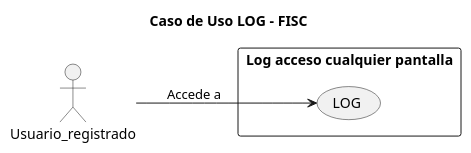
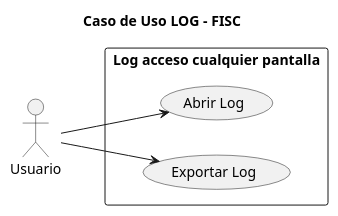
The diagram in casosDeUso/casoUsoLog.puml (mmasias/23-24-IdSw1-SDR), drawn with PlantUML before and after one commit. The commit also changed 22 other files, not shown here.

Commit message:
Nuevos casos de Uso y diagrama de contexto

```diff
--- a/casosDeUso/casoUsoLog.puml
+++ b/casosDeUso/casoUsoLog.puml
@@ -1,15 +1,16 @@
 @startuml
 title Caso de Uso LOG - FISC
 
 left to right direction
 
-actor Usuario_registrado as user
+actor Usuario as user
 
 
 rectangle "Log acceso cualquier pantalla" {
-    usecase "LOG" as log
-
+    usecase "Abrir Log" as log
+    usecase "Exportar Log" as exlog
 }
 
-user --> log: "Accede a"
+user --> log
+user --> exlog
 @enduml
```
